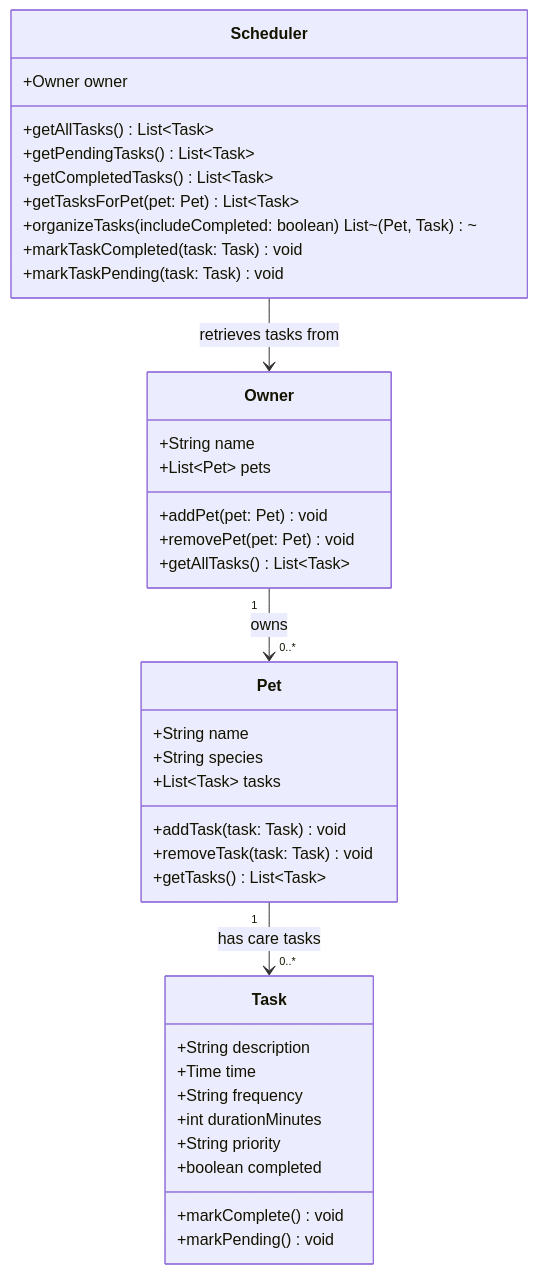
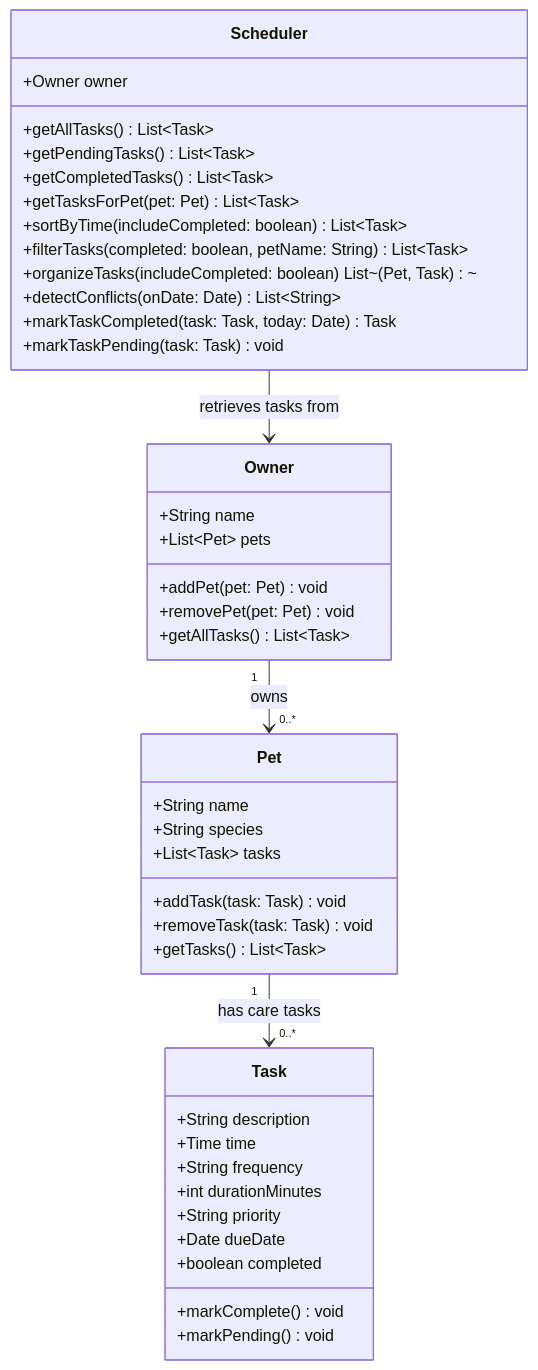
The diagram in diagrams/uml.mmd (Gbemiga04/ai110-module2show-pawpal-starter), drawn with Mermaid before and after one commit. The commit also changed 6 other files, not shown here.

```diff
--- a/diagrams/uml.mmd
+++ b/diagrams/uml.mmd
@@ -1,43 +1,47 @@
 classDiagram
     class Task {
         +String description
         +Time time
         +String frequency
         +int durationMinutes
         +String priority
+        +Date dueDate
         +boolean completed
         +markComplete() void
         +markPending() void
     }
 
     class Pet {
         +String name
         +String species
         +List~Task~ tasks
         +addTask(task: Task) void
         +removeTask(task: Task) void
         +getTasks() List~Task~
     }
 
     class Owner {
         +String name
         +List~Pet~ pets
         +addPet(pet: Pet) void
         +removePet(pet: Pet) void
         +getAllTasks() List~Task~
     }
 
     class Scheduler {
         +Owner owner
         +getAllTasks() List~Task~
         +getPendingTasks() List~Task~
         +getCompletedTasks() List~Task~
         +getTasksForPet(pet: Pet) List~Task~
+        +sortByTime(includeCompleted: boolean) List~Task~
+        +filterTasks(completed: boolean, petName: String) List~Task~
         +organizeTasks(includeCompleted: boolean) List~(Pet, Task)~
-        +markTaskCompleted(task: Task) void
+        +detectConflicts(onDate: Date) List~String~
+        +markTaskCompleted(task: Task, today: Date) Task
         +markTaskPending(task: Task) void
     }
 
     Owner "1" --> "0..*" Pet : owns
     Pet "1" --> "0..*" Task : has care tasks
     Scheduler --> Owner : retrieves tasks from
```
